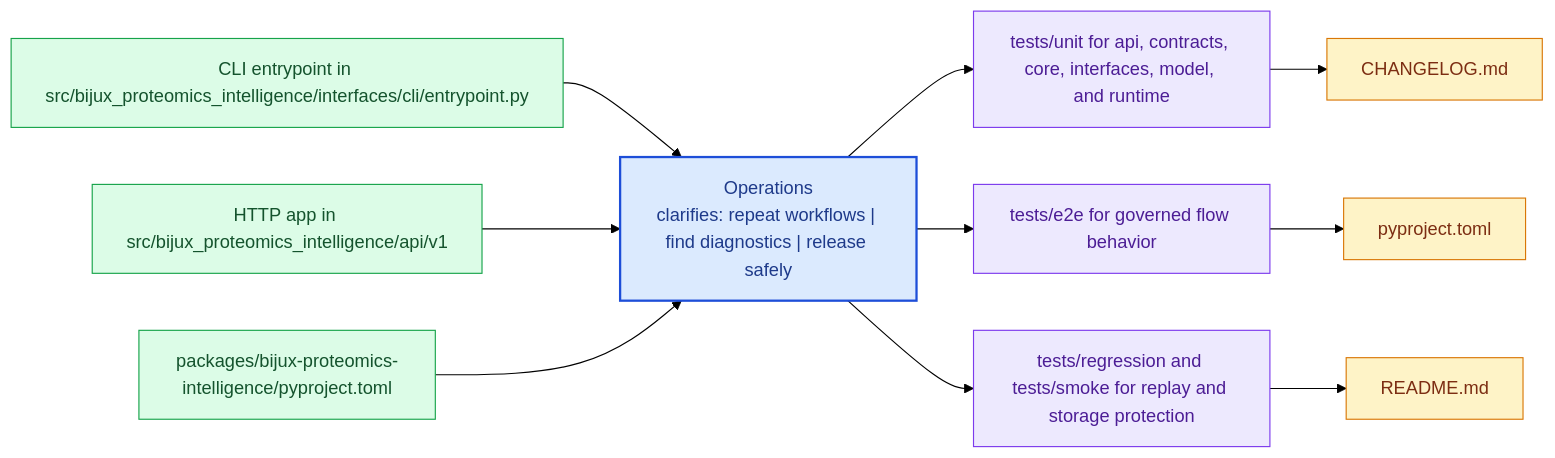
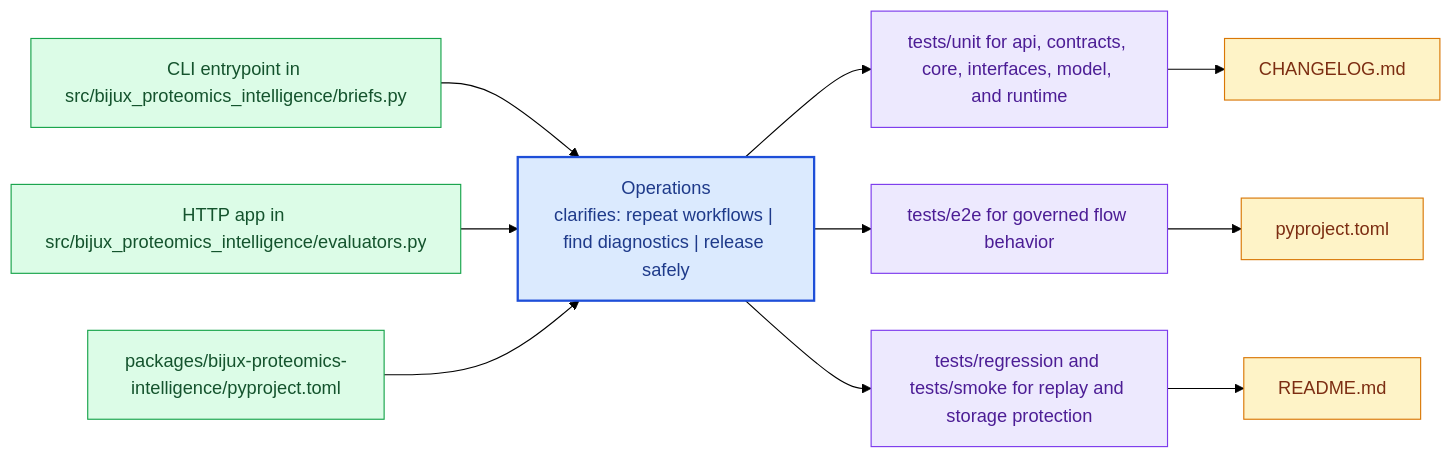
Before and after one commit to bijux/bijux-proteomics: the diagram in docs/bijux-proteomics-intelligence/operations/index.md, drawn with Mermaid (forest theme). The commit also changed 24 other files, not shown here.

Commit message:
docs(bijux-proteomics-intelligence): align handbook with ranking and decision responsibilities

````diff
--- a/docs/bijux-proteomics-intelligence/operations/index.md
+++ b/docs/bijux-proteomics-intelligence/operations/index.md
@@ -20,31 +20,31 @@
 ```mermaid
 flowchart LR
     page["Operations<br/>clarifies: repeat workflows | find diagnostics | release safely"]
     classDef page fill:#dbeafe,stroke:#1d4ed8,color:#1e3a8a,stroke-width:2px;
     classDef positive fill:#dcfce7,stroke:#16a34a,color:#14532d;
     classDef caution fill:#fee2e2,stroke:#dc2626,color:#7f1d1d;
     classDef anchor fill:#ede9fe,stroke:#7c3aed,color:#4c1d95;
     classDef action fill:#fef3c7,stroke:#d97706,color:#7c2d12;
-    step1["CLI entrypoint in src/bijux_proteomics_intelligence/interfaces/cli/entrypoint.py"]
+    step1["CLI entrypoint in src/bijux_proteomics_intelligence/briefs.py"]
     step1 --> page
-    step2["HTTP app in src/bijux_proteomics_intelligence/api/v1"]
+    step2["HTTP app in src/bijux_proteomics_intelligence/evaluators.py"]
     step2 --> page
     step3["packages/bijux-proteomics-intelligence/pyproject.toml"]
     step3 --> page
     run1["tests/unit for api, contracts, core, interfaces, model, and runtime"]
     page --> run1
     run2["tests/e2e for governed flow behavior"]
     page --> run2
     run3["tests/regression and tests/smoke for replay and storage protection"]
     page --> run3
     release1["CHANGELOG.md"]
     run1 --> release1
     release2["pyproject.toml"]
     run2 --> release2
     release3["README.md"]
     run3 --> release3
     class page page;
     class step1,step2,step3 positive;
     class run1,run2,run3 anchor;
     class release1,release2,release3 action;
 ```
````
